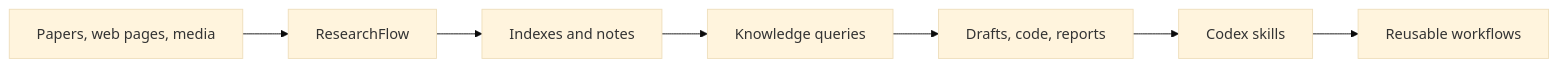
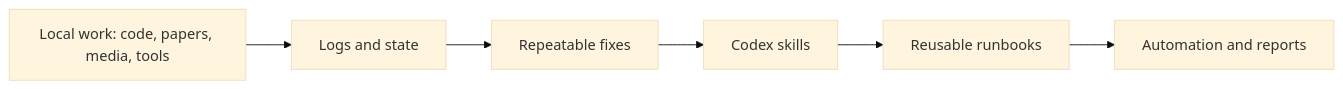
The diagram in README.md (rui13181593055/Rui), drawn with Mermaid (base theme) before and after one commit. The commit also changed other lines of this file and 2 other files, not shown here.

Commit message:
Refine public skills introduction

````diff
--- a/README.md
+++ b/README.md
@@ -44,9 +45,8 @@
 ```mermaid
 flowchart LR
-    A["Papers, web pages, media"] --> B["ResearchFlow"]
-    B --> C["Indexes and notes"]
-    C --> D["Knowledge queries"]
-    D --> E["Drafts, code, reports"]
-    E --> F["Codex skills"]
-    F --> G["Reusable workflows"]
+    A["Local work: code, papers, media, tools"] --> B["Logs and state"]
+    B --> C["Repeatable fixes"]
+    C --> D["Codex skills"]
+    D --> E["Reusable runbooks"]
+    E --> F["Automation and reports"]
 ```
````
